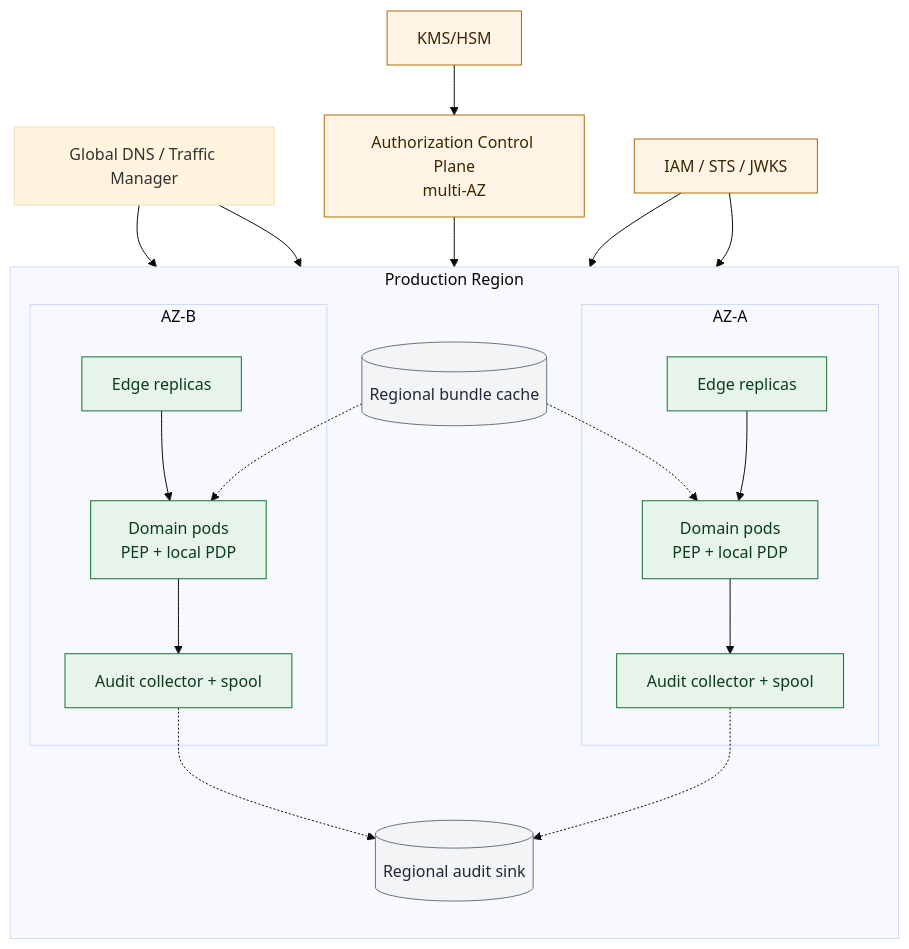
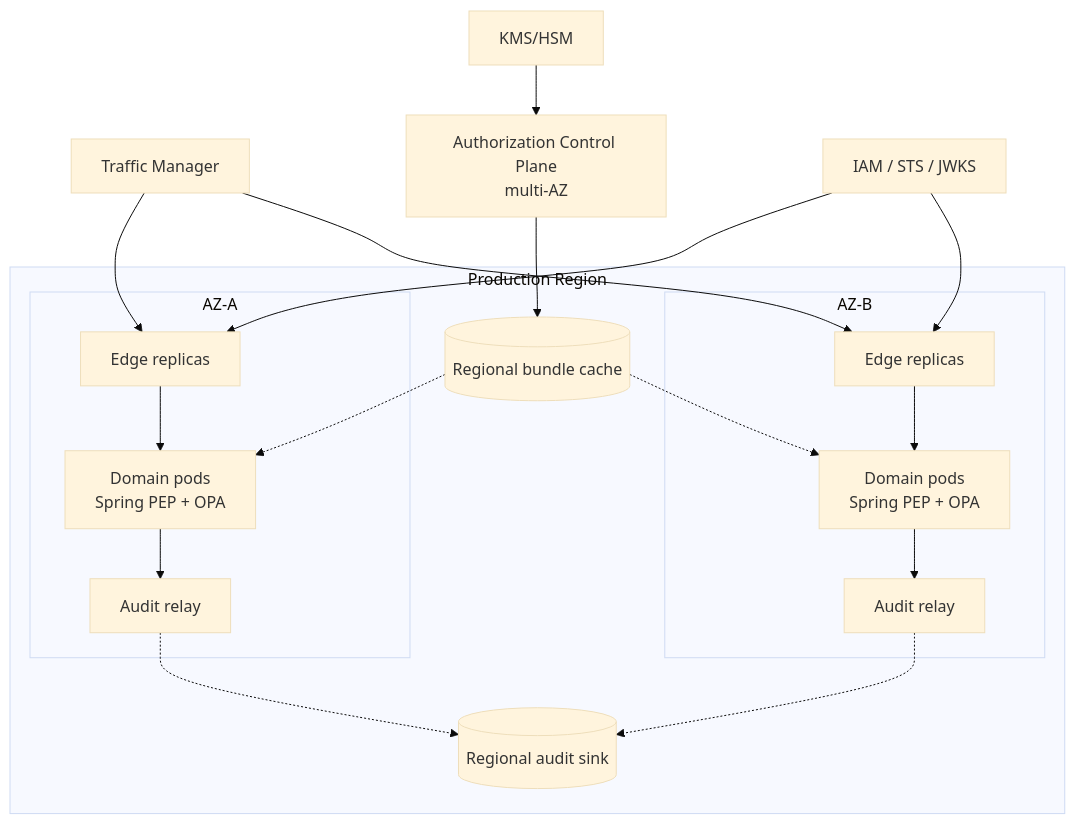
One commit to huynv-xyz/vhm changed the eighth of 9 diagrams in zero-trust.md. Above: the diagram before and after it, drawn with Mermaid (base theme). The commit also changed other lines of this file, not shown here.

````diff
--- a/zero-trust.md
+++ b/zero-trust.md
@@ -1452,37 +963,31 @@
 ```mermaid
 flowchart TB
-    classDef az fill:#E8F0FE,stroke:#1A73E8,color:#102A43
-    classDef runtime fill:#E6F4EA,stroke:#137333,color:#0D3B1E
-    classDef control fill:#FFF4E5,stroke:#B26A00,color:#3D2600
-    classDef store fill:#F3F4F6,stroke:#6B7280,color:#1F2937
+    T[Traffic Manager] --> E1
+    T --> E2
 
-    DNS[Global DNS / Traffic Manager] --> E1
-    DNS --> E2
-
-    subgraph R1[Production Region]
-      direction TB
-      subgraph AZ1[AZ-A]
-        E1[Edge replicas]:::runtime
-        W1[Domain pods<br/>PEP + local PDP]:::runtime
-        C1[Audit collector + spool]:::runtime
+    subgraph R[Production Region]
+      subgraph A[AZ-A]
+        E1[Edge replicas]
+        W1[Domain pods<br/>Spring PEP + OPA]
+        C1[Audit relay]
         E1 --> W1 --> C1
       end
-      subgraph AZ2[AZ-B]
-        E2[Edge replicas]:::runtime
-        W2[Domain pods<br/>PEP + local PDP]:::runtime
-        C2[Audit collector + spool]:::runtime
+      subgraph B[AZ-B]
+        E2[Edge replicas]
+        W2[Domain pods<br/>Spring PEP + OPA]
+        C2[Audit relay]
         E2 --> W2 --> C2
       end
-      REG[(Regional bundle cache)]:::store
-      SIEM[(Regional audit sink)]:::store
-      REG -.-> W1
-      REG -.-> W2
-      C1 -.-> SIEM
-      C2 -.-> SIEM
+      BR[(Regional bundle cache)]
+      AS[(Regional audit sink)]
+      BR -.-> W1
+      BR -.-> W2
+      C1 -.-> AS
+      C2 -.-> AS
     end
 
-    CP[Authorization Control Plane<br/>multi-AZ]:::control --> REG
-    KMS[KMS/HSM]:::control --> CP
-    IAM[IAM / STS / JWKS]:::control --> E1
-    IAM --> E2
+    CP[Authorization Control Plane<br/>multi-AZ] --> BR
+    K[KMS/HSM] --> CP
+    I[IAM / STS / JWKS] --> E1
+    I --> E2
 ```
````
